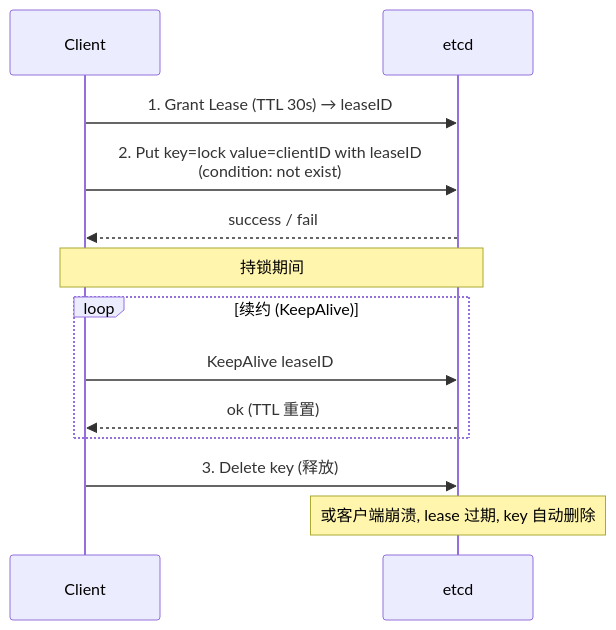
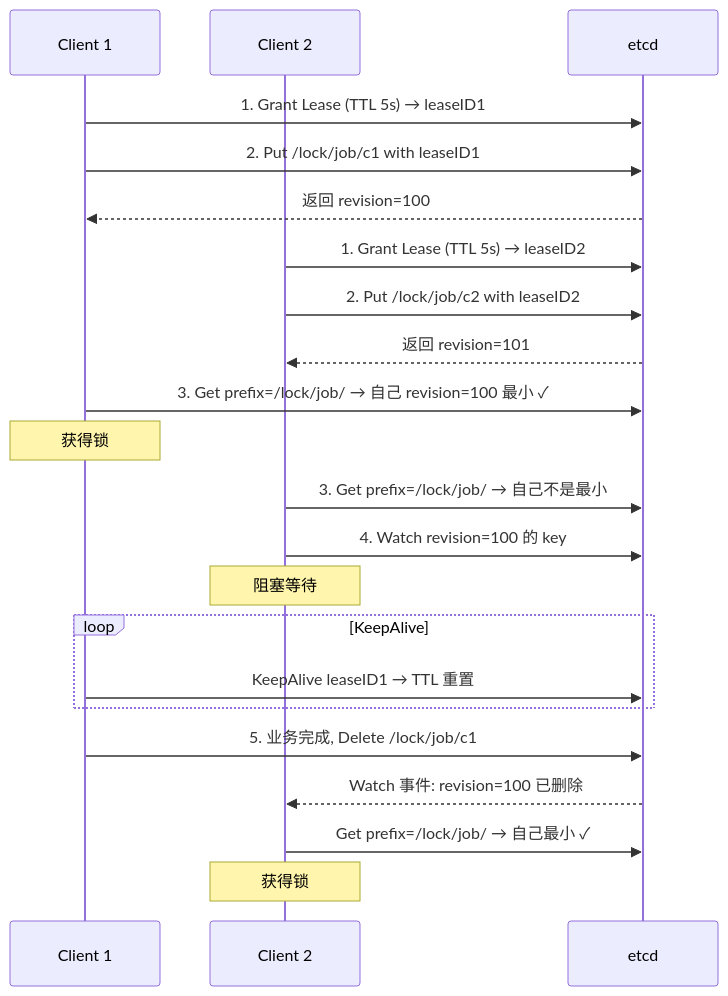
The fifth of 8 diagrams in 06-distributed/04-lock.md (vaynedu/interview_note), drawn with Mermaid before and after one commit. The commit also changed other lines of this file, not shown here.

Commit message:
distributed: 04-lock 大补 Redis/ZK/etcd 三方实现（4 条核心机制 + 核心本质 + 完整流程 + 一句话总结）

````diff
--- a/06-distributed/04-lock.md
+++ b/06-distributed/04-lock.md
@@ -190,18 +329,30 @@
 ```mermaid
 sequenceDiagram
-    participant C as Client
+    participant C1 as Client 1
+    participant C2 as Client 2
     participant E as etcd
 
-    C->>E: 1. Grant Lease (TTL 30s) → leaseID
-    C->>E: 2. Put key=lock value=clientID with leaseID<br/>(condition: not exist)
-    E-->>C: success / fail
+    C1->>E: 1. Grant Lease (TTL 5s) → leaseID1
+    C1->>E: 2. Put /lock/job/c1 with leaseID1
+    E-->>C1: 返回 revision=100
 
-    Note over C,E: 持锁期间
-    loop 续约 (KeepAlive)
-        C->>E: KeepAlive leaseID
-        E-->>C: ok (TTL 重置)
+    C2->>E: 1. Grant Lease (TTL 5s) → leaseID2
+    C2->>E: 2. Put /lock/job/c2 with leaseID2
+    E-->>C2: 返回 revision=101
+
+    C1->>E: 3. Get prefix=/lock/job/ → 自己 revision=100 最小 ✓
+    Note over C1: 获得锁
+
+    C2->>E: 3. Get prefix=/lock/job/ → 自己不是最小
+    C2->>E: 4. Watch revision=100 的 key
+    Note over C2: 阻塞等待
+
+    loop KeepAlive
+        C1->>E: KeepAlive leaseID1 → TTL 重置
     end
 
-    C->>E: 3. Delete key (释放)
-    Note over E: 或客户端崩溃, lease 过期, key 自动删除
+    C1->>E: 5. 业务完成, Delete /lock/job/c1
+    E-->>C2: Watch 事件: revision=100 已删除
+    C2->>E: Get prefix=/lock/job/ → 自己最小 ✓
+    Note over C2: 获得锁
 ```
````
